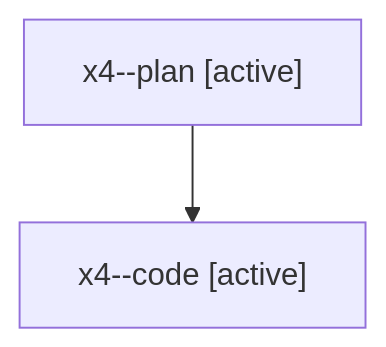
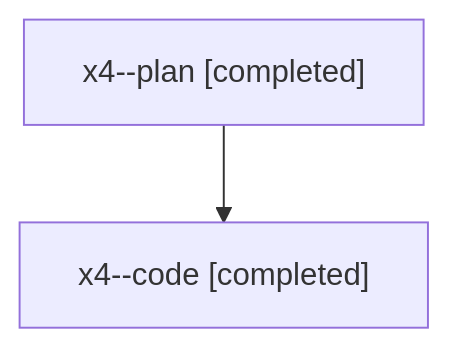
One commit to sase-org/sase--agents changed the diagram in families/bbugyi200.athena.x4.md. Above: the diagram before and after it, drawn with Mermaid. The commit also changed other lines of this file and 18 other files, not shown here.

````diff
--- a/families/bbugyi200.athena.x4.md
+++ b/families/bbugyi200.athena.x4.md
@@ -9,6 +9,6 @@
 ```mermaid
 flowchart TD
-  n0["x4--plan [active]"]
-  n1["x4--code [active]"]
+  n0["x4--plan [completed]"]
+  n1["x4--code [completed]"]
   n0 --> n1
 ```
````
